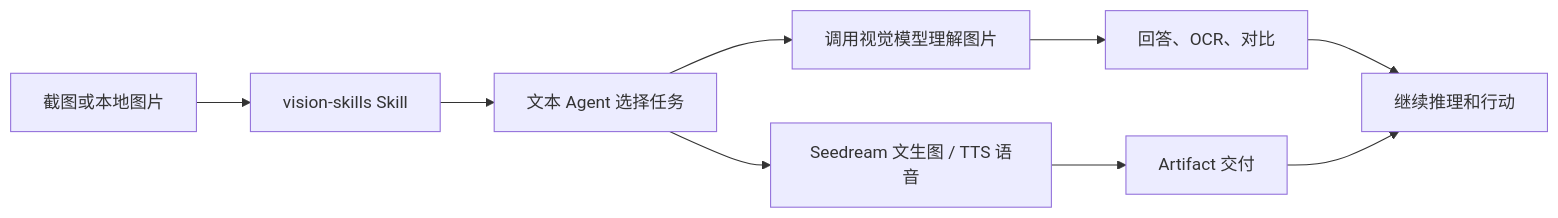
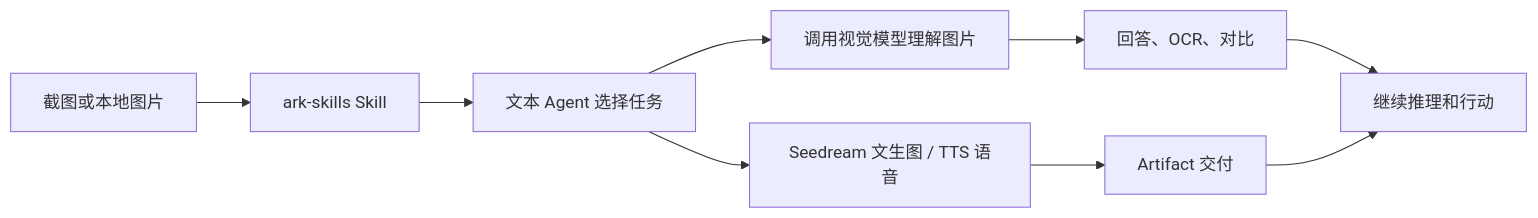
One commit to nextnowlabs/dsh-ark-toolkit changed the diagram in README.md. Above: the diagram before and after it, drawn with Mermaid. The commit also changed other lines of this file and 66 other files, not shown here.

````diff
--- a/README.md
+++ b/README.md
@@ -114,11 +110,11 @@
 ```mermaid
 flowchart LR
-    Image["截图或本地图片"] --> Skill["vision-skills Skill"]
+    Image["截图或本地图片"] --> Skill["ark-skills Skill"]
     Skill --> Agent["文本 Agent 选择任务"]
     Agent --> Vision["调用视觉模型理解图片"]
     Vision --> Result["回答、OCR、对比"]
     Agent --> Generate["Seedream 文生图 / TTS 语音"]
     Generate --> Artifact["Artifact 交付"]
     Result --> Session["继续推理和行动"]
     Artifact --> Session
 ```
````
